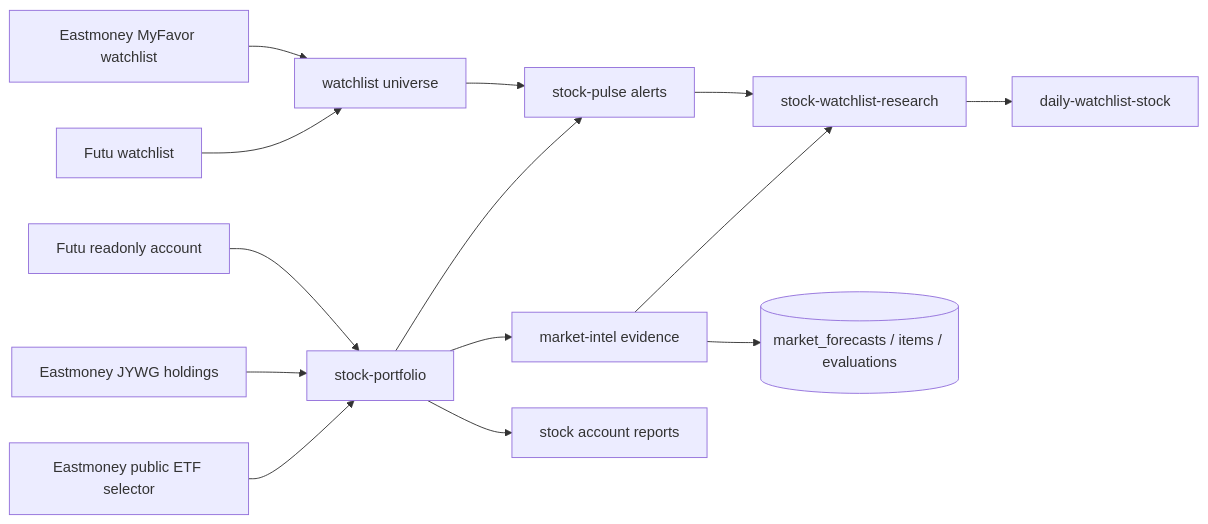
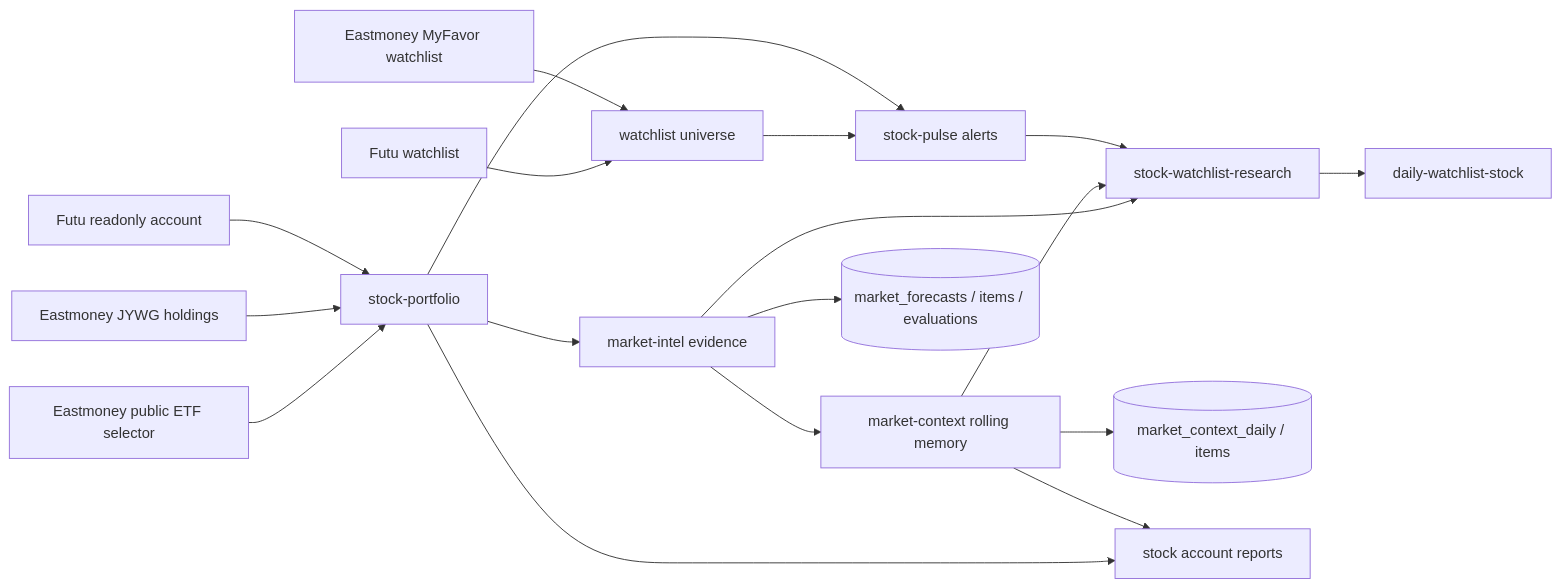
Before and after one commit to yuanyunfan/miniclaw: the diagram in docs/providers/stock/research.md, drawn with Mermaid. The commit also changed other lines of this file and 24 other files, not shown here.

First line of the commit message:
feat: add stock market context memory

````diff
--- a/docs/providers/stock/research.md
+++ b/docs/providers/stock/research.md
@@ -7,16 +7,20 @@
 ```mermaid
 flowchart LR
   Futu[Futu readonly account] --> Portfolio[stock-portfolio]
   JYWG[Eastmoney JYWG holdings] --> Portfolio
   EtfPremium[Eastmoney public ETF selector] --> Portfolio
   MyFavor[Eastmoney MyFavor watchlist] --> Universe[watchlist universe]
   FutuWatchlist[Futu watchlist] --> Universe
   Portfolio --> Pulse[stock-pulse alerts]
   Universe --> Pulse
   Pulse --> WatchlistResearch[stock-watchlist-research]
   Portfolio --> MarketIntel[market-intel evidence]
+  MarketIntel --> MarketContext[market-context rolling memory]
+  MarketContext --> ContextStore[(market_context_daily / items)]
+  MarketContext --> StockReports
+  MarketContext --> WatchlistResearch
   MarketIntel --> WatchlistResearch
   MarketIntel --> Forecasts[(market_forecasts / items / evaluations)]
   WatchlistResearch --> Discord[daily-watchlist-stock]
   Portfolio --> StockReports[stock account reports]
 ```
````
